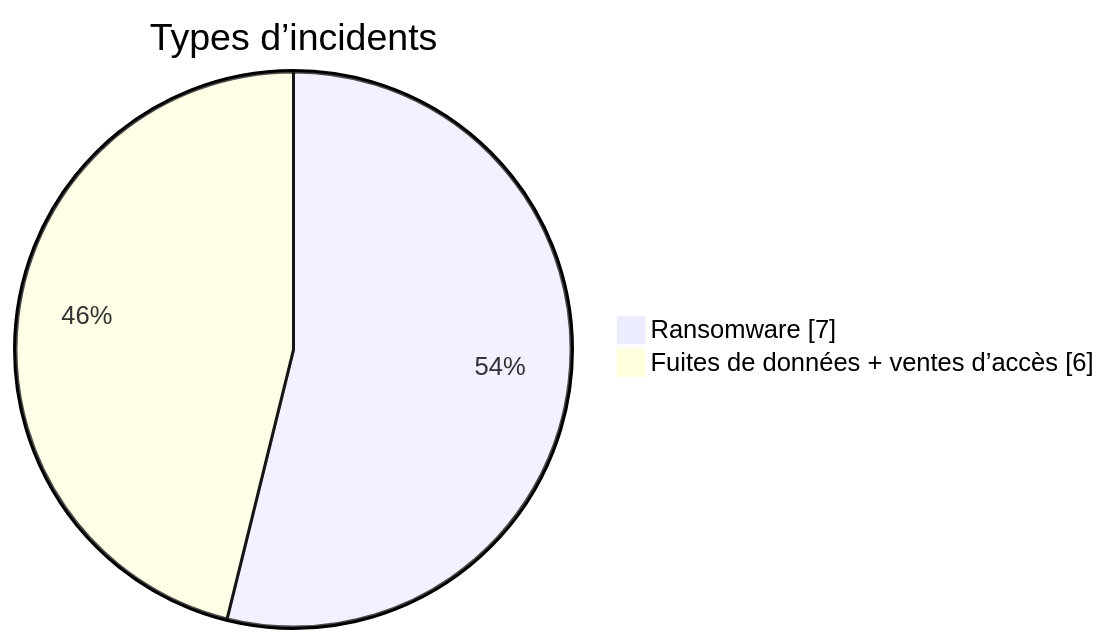
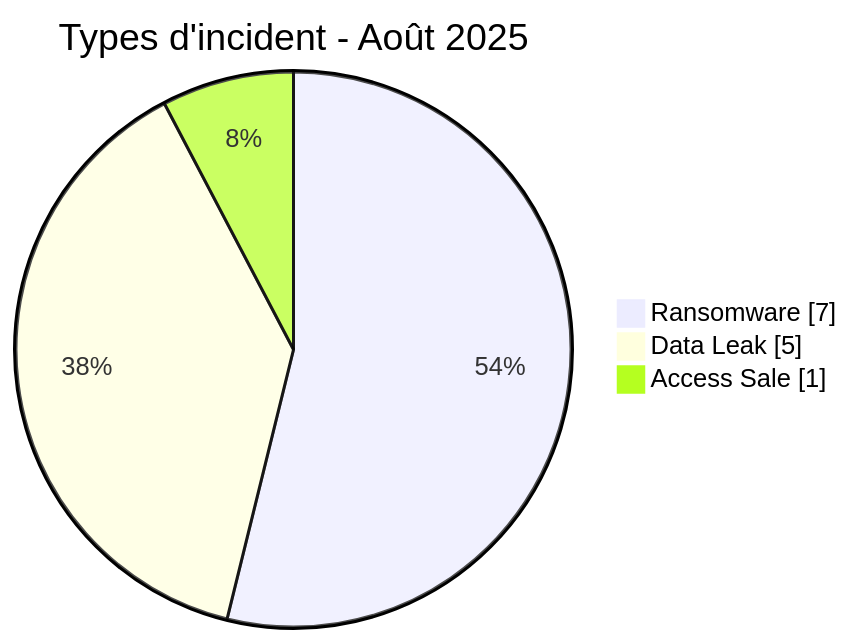
Before and after one commit to Hatchepsoute/AFRINTEL: the first of 3 diagrams in CyberAttackAfrica/2025/08-august/README_FR.md, drawn with Mermaid. The commit also changed other lines of this file and 35 other files, not shown here.

````diff
--- a/CyberAttackAfrica/2025/08-august/README_FR.md
+++ b/CyberAttackAfrica/2025/08-august/README_FR.md
@@ -113,6 +70,7 @@
 ```mermaid
 pie showData
-    title Types d’incidents
+    title Types d'incident - Août 2025
     "Ransomware" : 7
-    "Fuites de données + ventes d’accès" : 6
+    "Data Leak" : 5
+    "Access Sale" : 1
 ```
````
